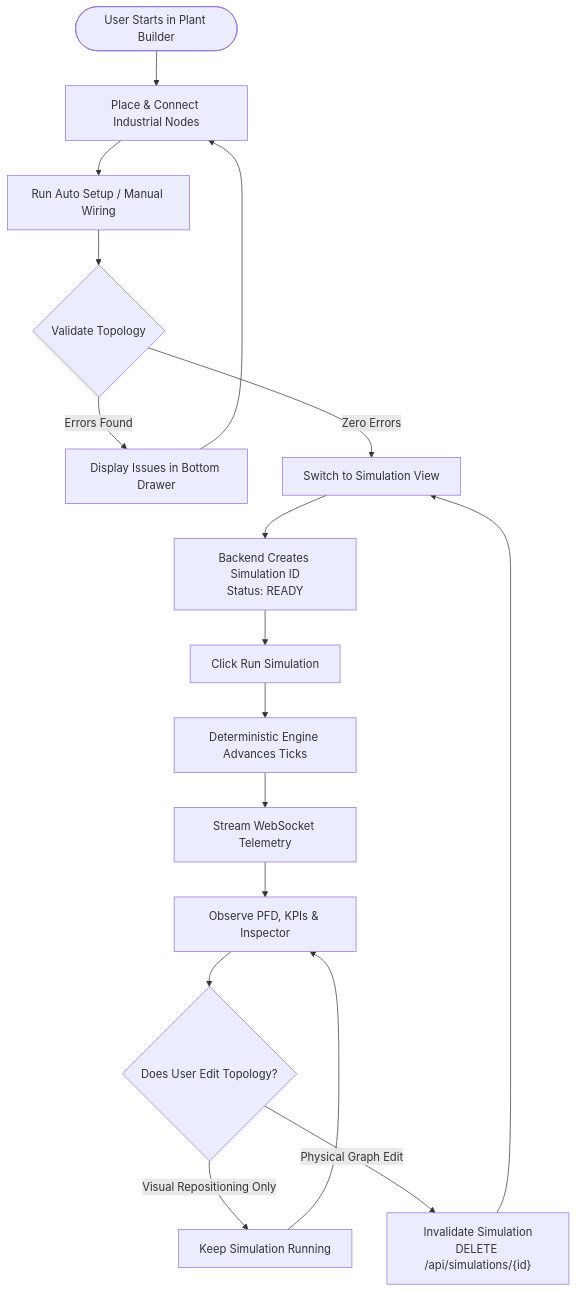
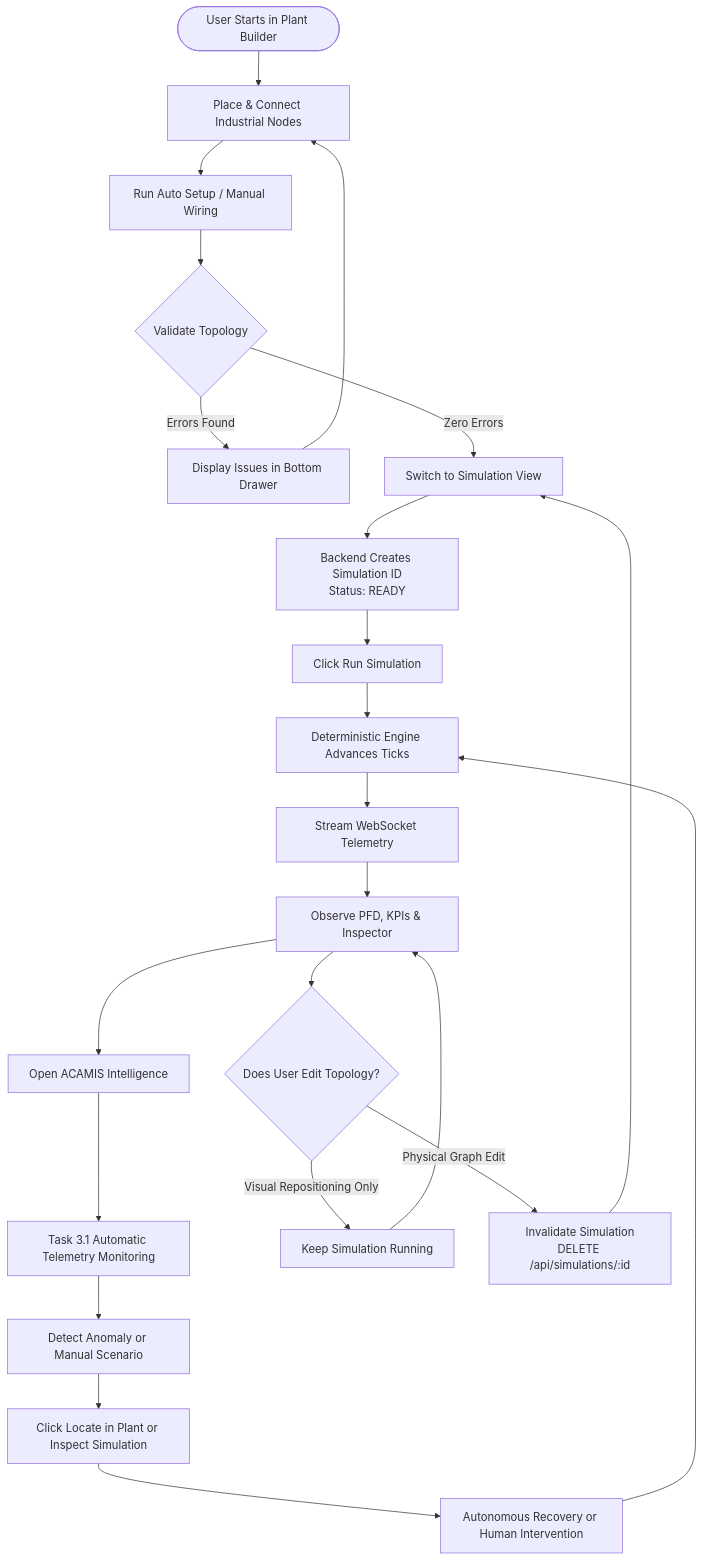
The diagram in project/integration.md (prabhasb06/steelsimdocumentation), drawn with Mermaid before and after one commit. The commit also changed other lines of this file and 38 other files, not shown here.

Commit message:
feat: complete Task 3 & 3.1 ACAMIS docs, vector Mermaid diagrams, and render blueprint

```diff
--- a/project/integration.md
+++ b/project/integration.md
@@ -7,23 +7,30 @@
 <pre class="mermaid">
 flowchart TD
     Start([User Starts in Plant Builder]) --> Design[Place & Connect Industrial Nodes]
     Design --> Auto[Run Auto Setup / Manual Wiring]
     Auto --> Validate{Validate Topology}
     
     Validate -->|Errors Found| Fix[Display Issues in Bottom Drawer]
     Fix --> Design
     
     Validate -->|Zero Errors| SimView[Switch to Simulation View]
     SimView --> CreateSim[Backend Creates Simulation ID<br/>Status: READY]
     CreateSim --> Run[Click Run Simulation]
     Run --> SimLoop[Deterministic Engine Advances Ticks]
     SimLoop --> Stream[Stream WebSocket Telemetry]
     Stream --> Observe[Observe PFD, KPIs & Inspector]
     
+    Observe --> ACAMIS[Open ACAMIS Intelligence]
+    ACAMIS --> Monitor[Task 3.1 Automatic Telemetry Monitoring]
+    Monitor --> Incident[Detect Anomaly or Manual Scenario]
+    Incident --> Navigate[Click Locate in Plant or Inspect Simulation]
+    Navigate --> Action[Autonomous Recovery or Human Intervention]
+    Action --> SimLoop
+
     Observe --> EditChoice{Does User Edit Topology?}
     EditChoice -->|Visual Repositioning Only| KeepSim[Keep Simulation Running]
     KeepSim --> Observe
     
-    EditChoice -->|Physical Graph Edit| Invalidate["Invalidate Simulation<br/>DELETE /api/simulations/{id}"]
+    EditChoice -->|Physical Graph Edit| Invalidate["Invalidate Simulation<br/>DELETE /api/simulations/:id"]
     Invalidate --> SimView
 </pre>
```
